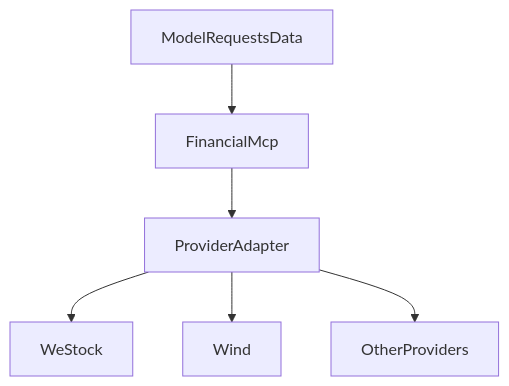
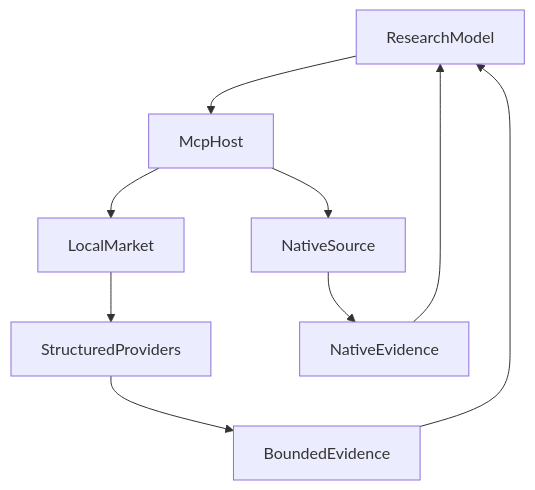
The diagram in articles/mcp-market-responsibility-retrospective.md (hpoenixf/eff-agent-article), drawn with Mermaid before and after one commit. The commit also changed other lines of this file and 10 other files, not shown here.

Commit message:
docs: publish MCP Host and Portfolio articles and expand multi-provider retrospective

````diff
--- a/articles/mcp-market-responsibility-retrospective.md
+++ b/articles/mcp-market-responsibility-retrospective.md
@@ -21,8 +85,11 @@
 ```mermaid
 graph TD
-ModelRequestsData --> FinancialMcp
-FinancialMcp --> ProviderAdapter
-ProviderAdapter --> WeStock
-ProviderAdapter --> Wind
-ProviderAdapter --> OtherProviders
+ResearchModel --> McpHost
+McpHost --> LocalMarket
+McpHost --> NativeSource
+LocalMarket --> StructuredProviders
+StructuredProviders --> BoundedEvidence
+NativeSource --> NativeEvidence
+BoundedEvidence --> ResearchModel
+NativeEvidence --> ResearchModel
 ```
````
